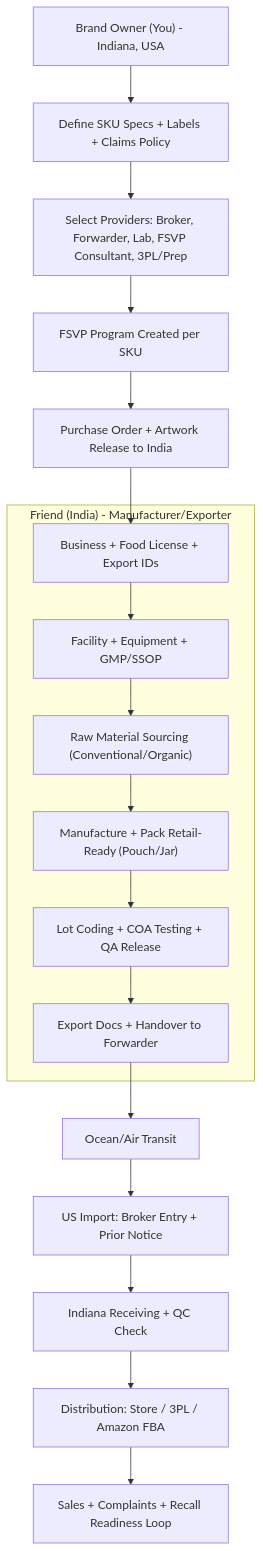
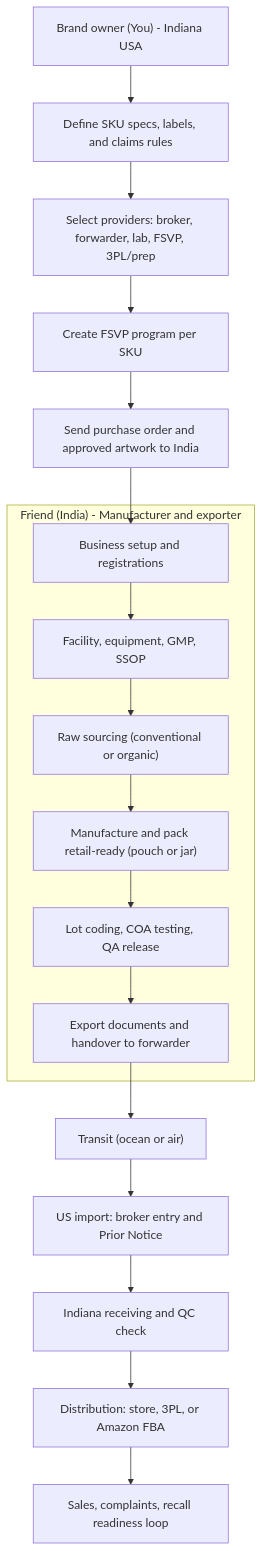
One commit to FullyDevOps/flow changed the first of 15 diagrams in README.md. Above: the diagram before and after it, drawn with Mermaid. The commit also changed other lines of this file, not shown here.

First line of the commit message:
Refine Mermaid diagrams and descriptions in README

````diff
--- a/README.md
+++ b/README.md
@@ -10,22 +5,22 @@
 ```mermaid
 flowchart TD
-  A["Brand Owner (You) - Indiana, USA"] --> B["Define SKU Specs + Labels + Claims Policy"]
-  B --> C["Select Providers: Broker, Forwarder, Lab, FSVP Consultant, 3PL/Prep"]
-  C --> D["FSVP Program Created per SKU"]
-  D --> E["Purchase Order + Artwork Release to India"]
+  A["Brand owner (You) - Indiana USA"] --> B["Define SKU specs, labels, and claims rules"]
+  B --> C["Select providers: broker, forwarder, lab, FSVP, 3PL/prep"]
+  C --> D["Create FSVP program per SKU"]
+  D --> E["Send purchase order and approved artwork to India"]
 
-  subgraph INDIA["Friend (India) - Manufacturer/Exporter"]
-    I1["Business + Food License + Export IDs"] --> I2["Facility + Equipment + GMP/SSOP"]
-    I2 --> I3["Raw Material Sourcing (Conventional/Organic)"]
-    I3 --> I4["Manufacture + Pack Retail-Ready (Pouch/Jar)"]
-    I4 --> I5["Lot Coding + COA Testing + QA Release"]
-    I5 --> I6["Export Docs + Handover to Forwarder"]
+  subgraph INDIA["Friend (India) - Manufacturer and exporter"]
+    I1["Business setup and registrations"] --> I2["Facility, equipment, GMP, SSOP"]
+    I2 --> I3["Raw sourcing (conventional or organic)"]
+    I3 --> I4["Manufacture and pack retail-ready (pouch or jar)"]
+    I4 --> I5["Lot coding, COA testing, QA release"]
+    I5 --> I6["Export documents and handover to forwarder"]
   end
 
   E --> I1
-  I6 --> U1["Ocean/Air Transit"]
-  U1 --> U2["US Import: Broker Entry + Prior Notice"]
-  U2 --> U3["Indiana Receiving + QC Check"]
-  U3 --> U4["Distribution: Store / 3PL / Amazon FBA"]
-  U4 --> U5["Sales + Complaints + Recall Readiness Loop"]
+  I6 --> U1["Transit (ocean or air)"]
+  U1 --> U2["US import: broker entry and Prior Notice"]
+  U2 --> U3["Indiana receiving and QC check"]
+  U3 --> U4["Distribution: store, 3PL, or Amazon FBA"]
+  U4 --> U5["Sales, complaints, recall readiness loop"]
 ```
````
